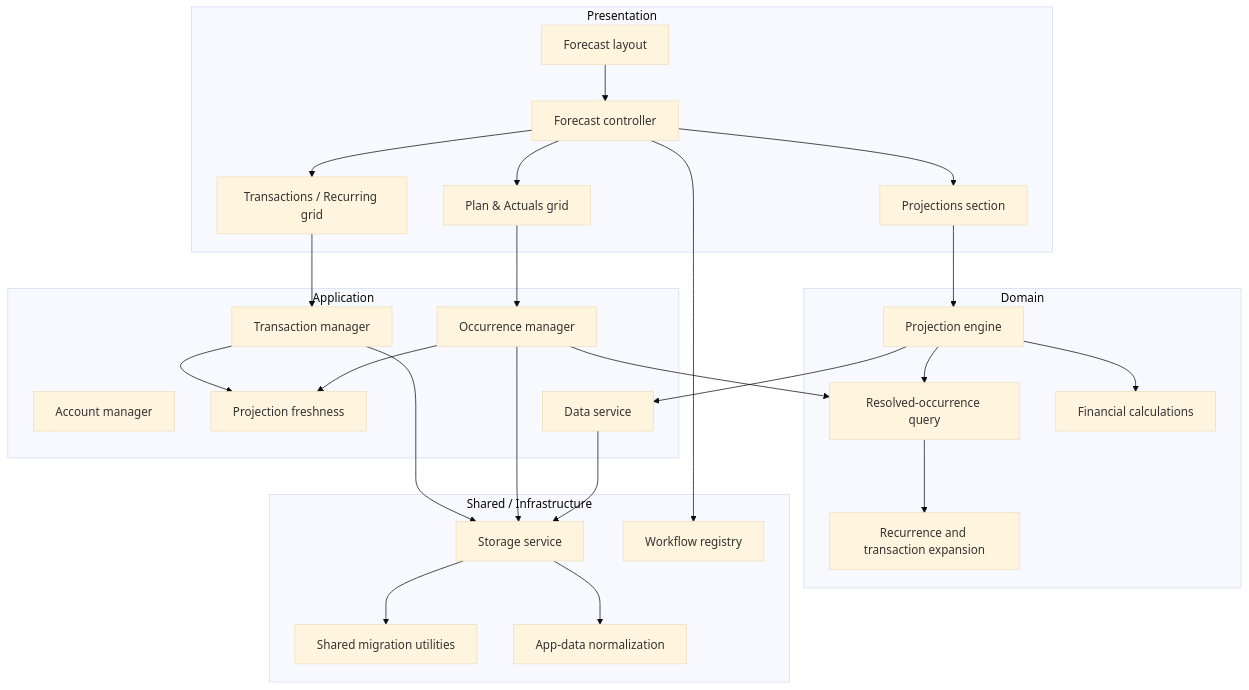
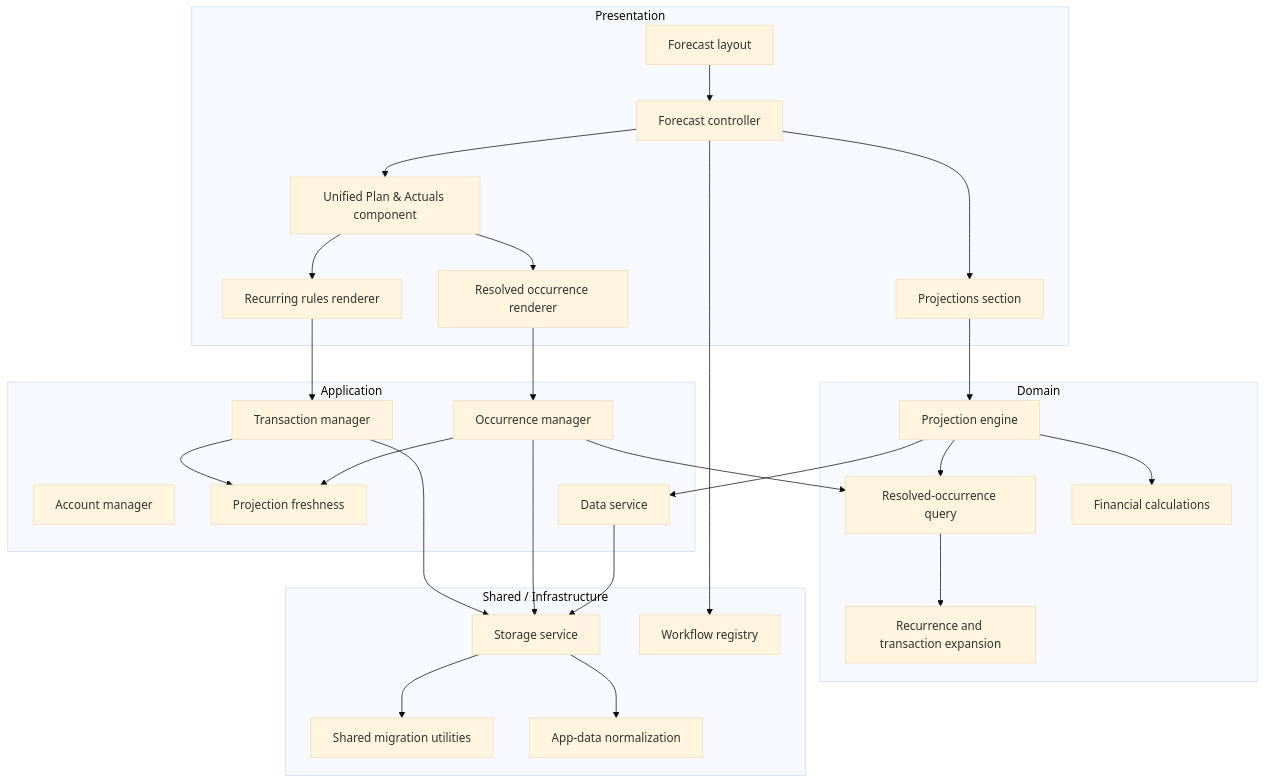
Before and after one commit to BicycleJeanre/ftrack: the first of 2 diagrams in Documentation/TECH_ARCHITECTURE.md, drawn with Mermaid (base theme). The commit also changed other lines of this file and 50 other files, not shown here.

Commit message:
Complete application-wide Plan and Actuals integration

````diff
--- a/Documentation/TECH_ARCHITECTURE.md
+++ b/Documentation/TECH_ARCHITECTURE.md
@@ -21,53 +21,55 @@
 ```mermaid
 graph TB
     subgraph "Presentation"
         Layout["Forecast layout"]
         Controller["Forecast controller"]
-        RuleGrid["Transactions / Recurring grid"]
-        OccurrenceGrid["Plan & Actuals grid"]
+        PlanActuals["Unified Plan & Actuals component"]
+        RuleRenderer["Recurring rules renderer"]
+        OccurrenceRenderer["Resolved occurrence renderer"]
         ProjectionSection["Projections section"]
     end
 
     subgraph "Application"
         RuleManager["Transaction manager"]
         OccurrenceManager["Occurrence manager"]
         AccountManager["Account manager"]
         Freshness["Projection freshness"]
         DataService["Data service"]
     end
 
     subgraph "Domain"
         Resolver["Resolved-occurrence query"]
         ProjectionEngine["Projection engine"]
         Recurrence["Recurrence and transaction expansion"]
         Financial["Financial calculations"]
     end
 
     subgraph "Shared / Infrastructure"
         Storage["Storage service"]
         Migration["Shared migration utilities"]
         Schema["App-data normalization"]
         Registry["Workflow registry"]
     end
 
     Layout --> Controller
-    Controller --> RuleGrid
-    Controller --> OccurrenceGrid
+    Controller --> PlanActuals
+    PlanActuals --> RuleRenderer
+    PlanActuals --> OccurrenceRenderer
     Controller --> ProjectionSection
-    RuleGrid --> RuleManager
-    OccurrenceGrid --> OccurrenceManager
+    RuleRenderer --> RuleManager
+    OccurrenceRenderer --> OccurrenceManager
     ProjectionSection --> ProjectionEngine
     RuleManager --> Freshness
     OccurrenceManager --> Freshness
     RuleManager --> Storage
     OccurrenceManager --> Storage
     OccurrenceManager --> Resolver
     ProjectionEngine --> Resolver
     Resolver --> Recurrence
     ProjectionEngine --> Financial
     ProjectionEngine --> DataService
     DataService --> Storage
     Storage --> Schema
     Storage --> Migration
     Controller --> Registry
 ```
````
